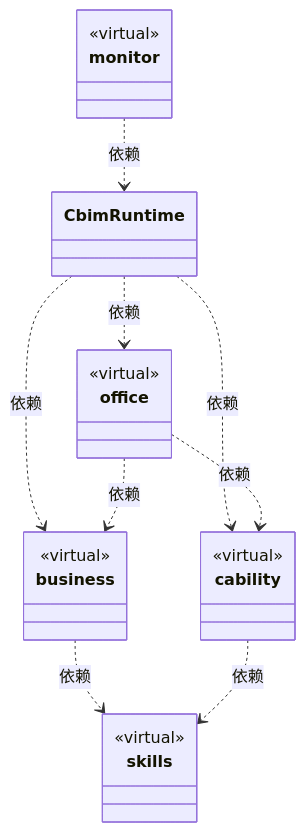
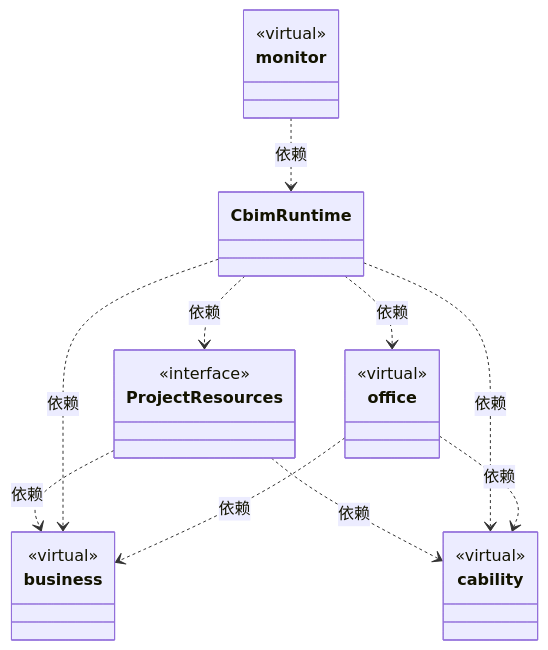
Before and after one commit to nan023062/cbim: the first of 2 diagrams in src/framework/ARCHITECTURE.md, drawn with Mermaid. The commit also changed other lines of this file and 30 other files, not shown here.

````diff
--- a/src/framework/ARCHITECTURE.md
+++ b/src/framework/ARCHITECTURE.md
@@ -26,33 +27,34 @@
 ```mermaid
 classDiagram
 class N_30804c3bb3bb["CbimRuntime"]
 click N_30804c3bb3bb href "cbim-runtime.ts"
 class N_b88f3147f97b["office"] {
   <<virtual>>
 }
 click N_b88f3147f97b href "office/ARCHITECTURE.md"
 class N_4aef7e841596["business"] {
   <<virtual>>
 }
 click N_4aef7e841596 href "business/ARCHITECTURE.md"
+class N_d21d5aff65c9["ProjectResources"] {
+  <<interface>>
+}
+click N_d21d5aff65c9 href "cbim-runtime.ts"
 class N_516fccf1524e["cability"] {
   <<virtual>>
 }
 click N_516fccf1524e href "cability/ARCHITECTURE.md"
 class N_3c7a2e5c648b["monitor"] {
   <<virtual>>
 }
 click N_3c7a2e5c648b href "monitor/ARCHITECTURE.md"
-class N_af1b03806bfb["skills"] {
-  <<virtual>>
-}
-click N_af1b03806bfb href "skills/ARCHITECTURE.md"
+N_d21d5aff65c9 ..> N_516fccf1524e : 依赖
+N_d21d5aff65c9 ..> N_4aef7e841596 : 依赖
 N_30804c3bb3bb ..> N_b88f3147f97b : 依赖
 N_30804c3bb3bb ..> N_4aef7e841596 : 依赖
+N_30804c3bb3bb ..> N_d21d5aff65c9 : 依赖
 N_30804c3bb3bb ..> N_516fccf1524e : 依赖
-N_4aef7e841596 ..> N_af1b03806bfb : 依赖
-N_516fccf1524e ..> N_af1b03806bfb : 依赖
 N_3c7a2e5c648b ..> N_30804c3bb3bb : 依赖
 N_b88f3147f97b ..> N_4aef7e841596 : 依赖
 N_b88f3147f97b ..> N_516fccf1524e : 依赖
 ```
````
